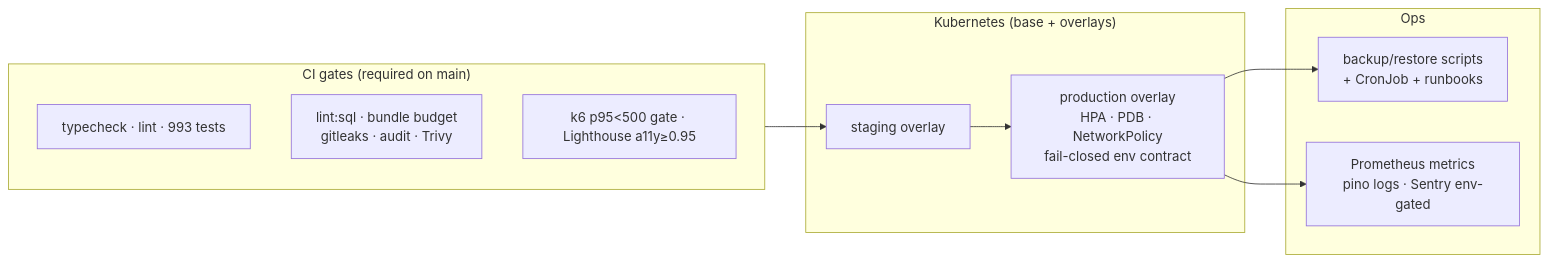
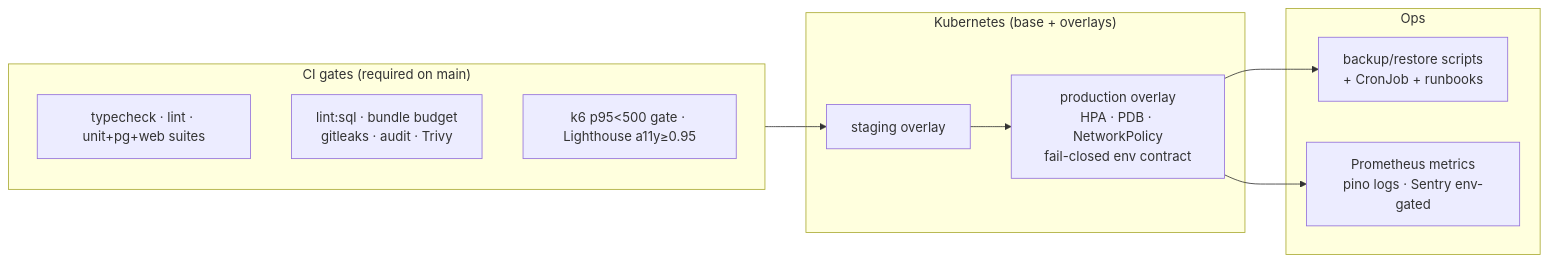
One commit to munisp/AgricPlatform changed the sixth of 6 diagrams in docs/architecture.md. Above: the diagram before and after it, drawn with Mermaid. The commit also changed other lines of this file and 1 other file, not shown here.

Commit message:
docs: WP-G21 Stage 27 docs refresh (production-readiness addendum, architecture rollup 053-079, go-live gates, traceability section 9, voice/credit/integration notes)

````diff
--- a/docs/architecture.md
+++ b/docs/architecture.md
@@ -224,18 +228,18 @@
 ```mermaid
 flowchart LR
     subgraph CI["CI gates (required on main)"]
-        C1[typecheck · lint · 993 tests]
+        C1[typecheck · lint · unit+pg+web suites]
         C2[lint:sql · bundle budget<br/>gitleaks · audit · Trivy]
         C3[k6 p95<500 gate · Lighthouse a11y≥0.95]
     end
     subgraph K8s["Kubernetes (base + overlays)"]
         S[staging overlay]
         P[production overlay<br/>HPA · PDB · NetworkPolicy<br/>fail-closed env contract]
     end
     subgraph Ops
         BAK[backup/restore scripts<br/>+ CronJob + runbooks]
         MON[Prometheus metrics<br/>pino logs · Sentry env-gated]
     end
     CI --> S --> P
     P --> BAK & MON
 ```
````
